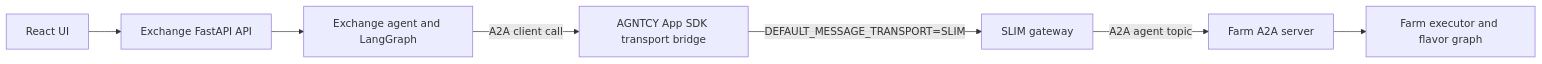
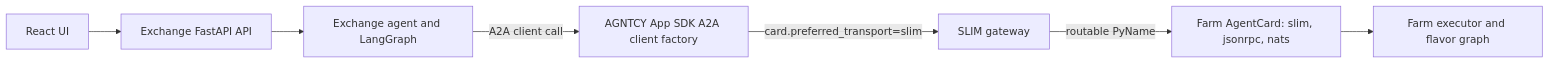
One commit to agntcy/coffeeAgntcy changed the diagram in coffeeAGNTCY/coffee_agents/corto/README.md. Above: the diagram before and after it, drawn with Mermaid. The commit also changed other lines of this file and 1 other file, not shown here.

````diff
--- a/coffeeAGNTCY/coffee_agents/corto/README.md
+++ b/coffeeAGNTCY/coffee_agents/corto/README.md
@@ -41,17 +41,17 @@
 ```mermaid
 flowchart LR
     UI[React UI]
     API[Exchange FastAPI API]
     EX[Exchange agent and LangGraph]
-    SDK[AGNTCY App SDK transport bridge]
+    SDK[AGNTCY App SDK A2A client factory]
     SLIM[SLIM gateway]
-    FARMHTTP[Farm A2A server]
+    FARM_CARD[Farm AgentCard: slim, jsonrpc, nats]
     FARM[Farm executor and flavor graph]
 
     UI --> API
     API --> EX
     EX -->|A2A client call| SDK
-    SDK -->|DEFAULT_MESSAGE_TRANSPORT=SLIM| SLIM
-    SLIM -->|A2A agent topic| FARMHTTP
-    FARMHTTP --> FARM
+    SDK -->|card.preferred_transport=slim| SLIM
+    SLIM -->|routable PyName| FARM_CARD
+    FARM_CARD --> FARM
 ```
````
